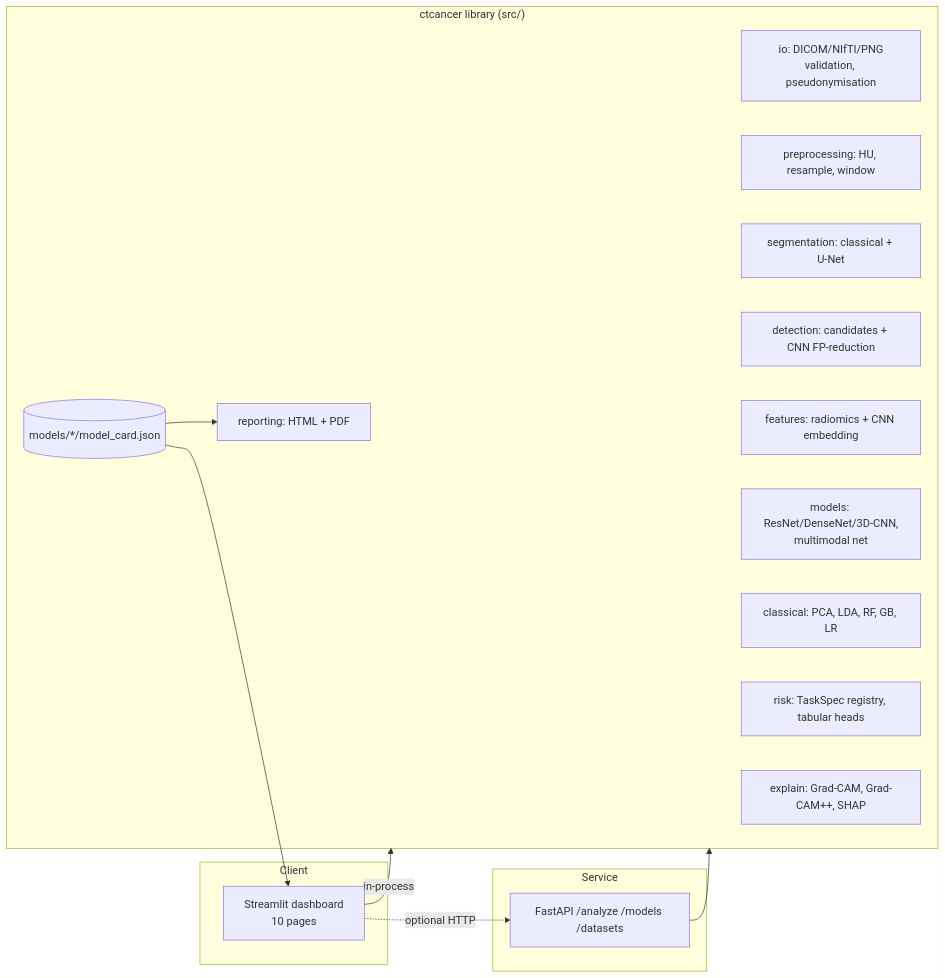
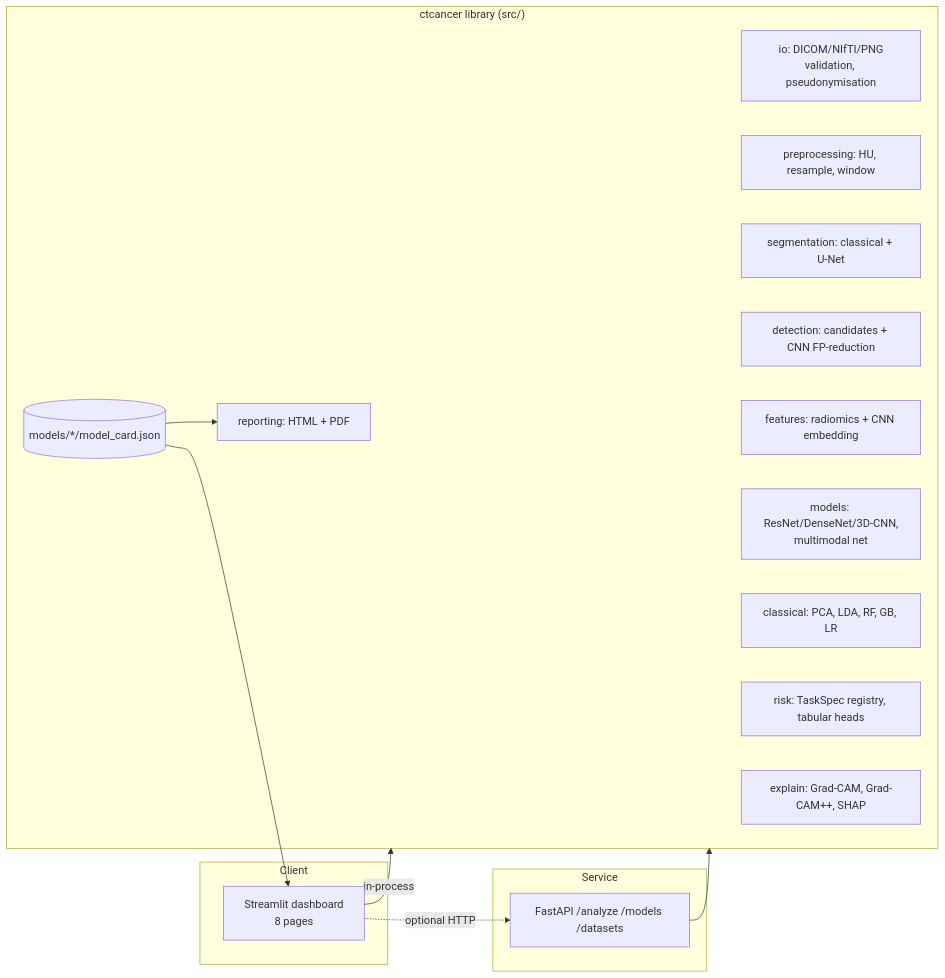
One commit to devsheth2006-prog/LUNG_AI changed the first of 3 diagrams in README.md. Above: the diagram before and after it, drawn with Mermaid. The commit also changed other lines of this file and 7 other files, not shown here.

First line of the commit message:
Remove Metastasis and Model Performance pages from the dashboard

````diff
--- a/README.md
+++ b/README.md
@@ -103,26 +103,26 @@
 ```mermaid
 flowchart LR
   subgraph Client
-    UI[Streamlit dashboard<br/>10 pages]
+    UI[Streamlit dashboard<br/>8 pages]
   end
   subgraph Service
     API[FastAPI /analyze /models /datasets]
   end
   subgraph Core["ctcancer library (src/)"]
     IO[io: DICOM/NIfTI/PNG<br/>validation, pseudonymisation]
     PRE[preprocessing: HU, resample, window]
     SEG[segmentation: classical + U-Net]
     DET[detection: candidates + CNN FP-reduction]
     FEAT[features: radiomics + CNN embedding]
     CLS[models: ResNet/DenseNet/3D-CNN,<br/>multimodal net]
     CL[classical: PCA, LDA, RF, GB, LR]
     RISK[risk: TaskSpec registry, tabular heads]
     XAI[explain: Grad-CAM, Grad-CAM++, SHAP]
     REP[reporting: HTML + PDF]
     REG[(models/*/model_card.json)]
   end
   UI -- in-process --> Core
   UI -. optional HTTP .-> API --> Core
   REG --> UI
   REG --> REP
 ```
````
